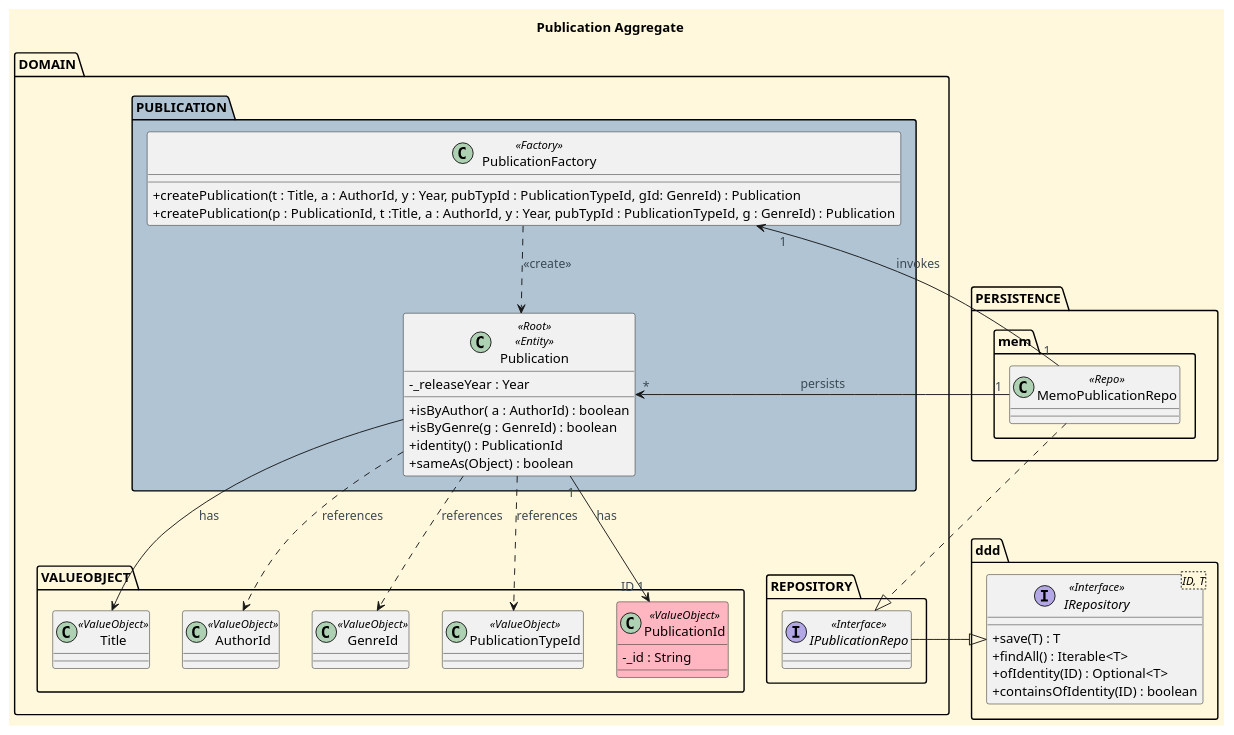
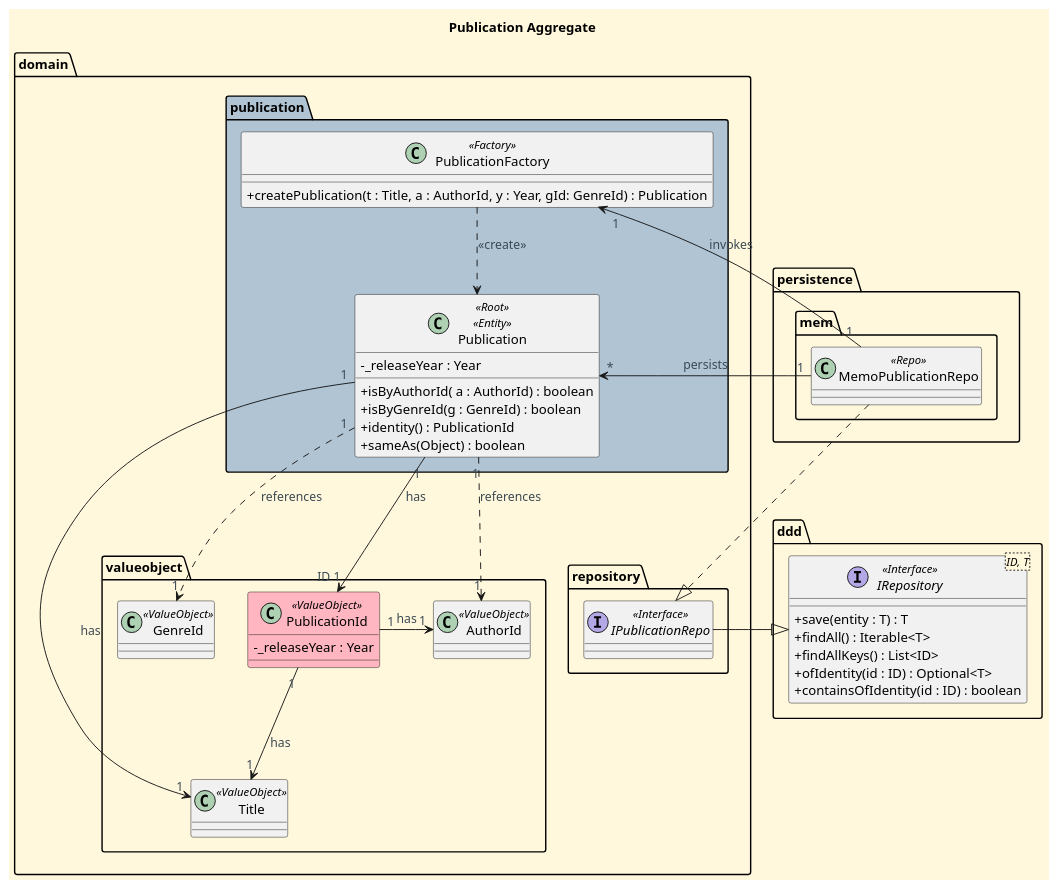
One commit to CarolinaLeite-collab/JavaMarketplacePlatform changed the diagram in docs/aggregates-diagrams/Publication_Aggregate.puml. Above: the diagram before and after it, drawn with PlantUML.

Commit message:
refactor: update aggregate diagram to DDD conventions Ref #455

```diff
--- a/docs/aggregates-diagrams/Publication_Aggregate.puml
+++ b/docs/aggregates-diagrams/Publication_Aggregate.puml
@@ -1,99 +1,100 @@
 @startuml
 
 '==== Title ====
 title Publication Aggregate
 
 
 '==== basic style ====
 skinparam monochrome false
 skinparam shadowing false
 skinparam defaultFontName Futura
 skinparam objectFontSize 20
 skinparam backgroundColor CornSilk
 skinparam objectBackgroundColor WhiteSmoke
 skinparam noteBackgroundColor #FFFFE0
 skinparam ArrowFontColor #3B4953
 skinparam ActivationBackgroundColor black
 skinparam classAttributeIconSize 0
 
 top to bottom direction
 ' ===== Domain =====
-Package "DOMAIN" {
+Package "domain" {
 
-    Package "PUBLICATION" #b0c4d4 {
+    Package "publication" #b0c4d4 {
 
         class Publication <<Root>> <<Entity>> {
             -_releaseYear : Year
-            +isByAuthor( a : AuthorId) : boolean
-            +isByGenre(g : GenreId) : boolean
+            +isByAuthorId( a : AuthorId) : boolean
+            +isByGenreId(g : GenreId) : boolean
             +identity() : PublicationId
             +sameAs(Object) : boolean
         }
 
         class PublicationFactory <<Factory>> {
-            +createPublication(t : Title, a : AuthorId, y : Year, pubTypId : PublicationTypeId, gId: GenreId) : Publication
-            +createPublication(p : PublicationId, t :Title, a : AuthorId, y : Year, pubTypId : PublicationTypeId, g : GenreId) : Publication
+            +createPublication(t : Title, a : AuthorId, y : Year, gId: GenreId) : Publication
         }
 
     }
 
-    Package "VALUEOBJECT"  {
+    Package "valueobject"  {
 
         class PublicationId <<ValueObject>> #LightPink {
-            -_id : String
+           - _releaseYear : Year
 
         }
 
         class Title <<ValueObject>> {
         }
 
         class AuthorId <<ValueObject>> {
         }
 
         class GenreId <<ValueObject>>{
         }
 
-        class PublicationTypeId <<ValueObject>>  {
-        }
+
 
     }
 
-    Package "REPOSITORY"   {
+    Package "repository"   {
         interface IPublicationRepo <<Interface>>
     }
 
     Publication -[hidden]right- IPublicationRepo
     PublicationId -[hidden]right- IPublicationRepo
 
 }
 
 Package "ddd" {
     interface IRepository<ID, T> <<Interface>> {
-        +save(T) : T
+        +save(entity : T) : T
         +findAll() : Iterable<T>
-        +ofIdentity(ID) : Optional<T>
-        +containsOfIdentity(ID) : boolean
+        +findAllKeys() : List<ID>
+        +ofIdentity(id : ID) : Optional<T>
+        +containsOfIdentity(id : ID) : boolean
     }
 }
 
 ' ===== Persistence =====
-Package "PERSISTENCE" {
+Package "persistence" {
      package "mem"  {
      class MemoPublicationRepo <<Repo>>
     }
 }
 
 ' ===== Relations =====
 Publication "1" --> "ID 1" PublicationId : has
-Publication --> Title : has
-Publication ..> AuthorId : references
-Publication ..> GenreId : references
-Publication ..> PublicationTypeId : references
+Publication "1"-> "1" Title : has
+Publication "1"..> "1" AuthorId : references
+Publication "1"..> "1" GenreId : references
+
+PublicationId "1" --> "1" Title : has
+PublicationId "1" -> "1" AuthorId : has
 
 IPublicationRepo -|> IRepository
 MemoPublicationRepo ..|> IPublicationRepo
 Publication "*" <-- "1" MemoPublicationRepo : persists
 PublicationFactory "1"<-- "1" MemoPublicationRepo : invokes
 PublicationFactory ..> Publication : <<create>>
 
 @enduml
```
